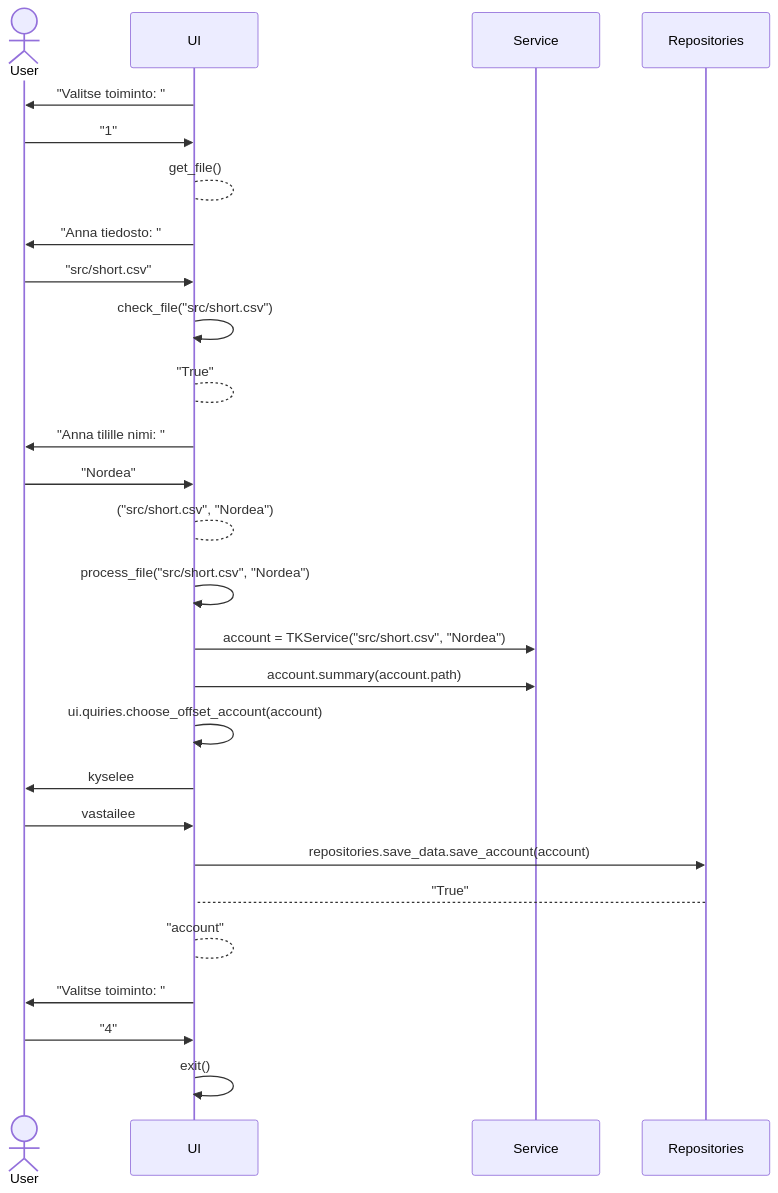
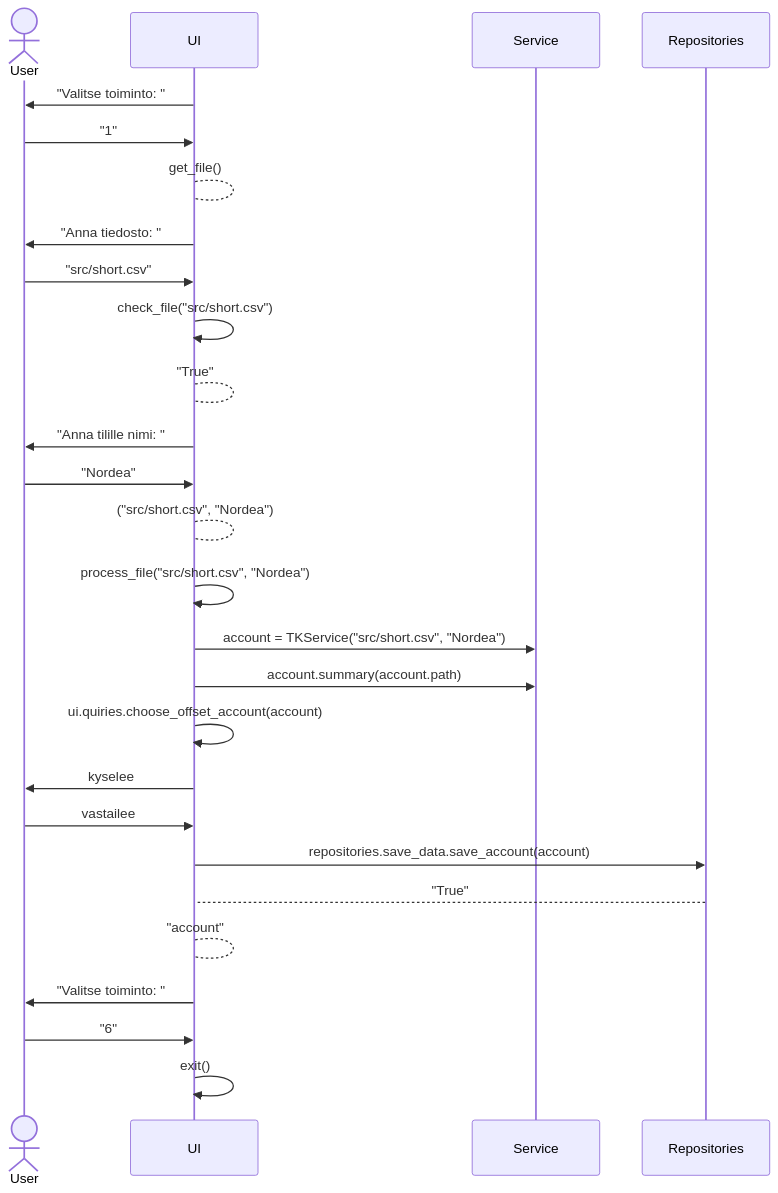
One commit to rpessi/ot-harjoitustyo changed the second of 3 diagrams in dokumentaatio/arkkitehtuuri.md. Above: the diagram before and after it, drawn with Mermaid. The commit also changed other lines of this file, not shown here.

````diff
--- a/dokumentaatio/arkkitehtuuri.md
+++ b/dokumentaatio/arkkitehtuuri.md
@@ -39,29 +43,29 @@
 ```mermaid
 sequenceDiagram
    actor User
    participant UI
    participant Service
    participant Repositories
    UI->>User: "Valitse toiminto: "
    User->>UI: "1"
    UI-->UI: get_file()
    UI->>User: "Anna tiedosto: "
    User->>UI: "src/short.csv"
    UI->>UI: check_file("src/short.csv")
    UI-->UI: "True"
    UI->>User: "Anna tilille nimi: "
    User->>UI: "Nordea"
    UI-->UI: ("src/short.csv", "Nordea")
    UI->>UI: process_file("src/short.csv", "Nordea")
    UI->>Service: account = TKService("src/short.csv", "Nordea")
    UI->>Service: account.summary(account.path)
    UI->>UI: ui.quiries.choose_offset_account(account)
    UI->>User: kyselee
    User->>UI: vastailee
    UI->>Repositories: repositories.save_data.save_account(account)
    Repositories-->UI: "True"
    UI-->UI: "account"
    UI->>User: "Valitse toiminto: "
-   User->>UI: "4"
+   User->>UI: "6"
    UI->>UI: exit()
 ```
````
